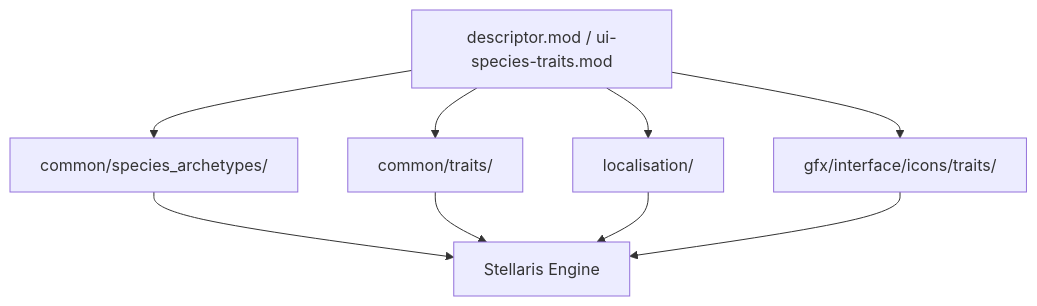
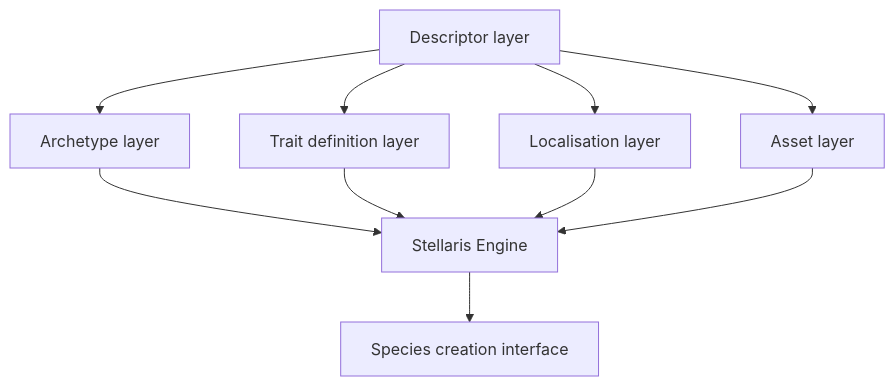
One commit to hmlendea/stellaris-ui-species-traits changed the second of 7 diagrams in ARCHITECTURE.md. Above: the diagram before and after it, drawn with Mermaid. The commit also changed other lines of this file and 23 other files, not shown here.

````diff
--- a/ARCHITECTURE.md
+++ b/ARCHITECTURE.md
@@ -56,11 +78,12 @@
 ```mermaid
 flowchart TB
-    Descriptor[descriptor.mod / ui-species-traits.mod] --> Archetypes[common/species_archetypes/]
-    Descriptor --> Traits[common/traits/]
-    Descriptor --> Localisation[localisation/]
-    Descriptor --> Icons[gfx/interface/icons/traits/]
-    Archetypes --> Engine[Stellaris Engine]
-    Traits --> Engine
+    Descriptor[Descriptor layer] --> Archetype[Archetype layer]
+    Descriptor --> Trait[Trait definition layer]
+    Descriptor --> Localisation[Localisation layer]
+    Descriptor --> Asset[Asset layer]
+    Archetype --> Engine[Stellaris Engine]
+    Trait --> Engine
     Localisation --> Engine
-    Icons --> Engine
+    Asset --> Engine
+    Engine --> UI[Species creation interface]
 ```
````
